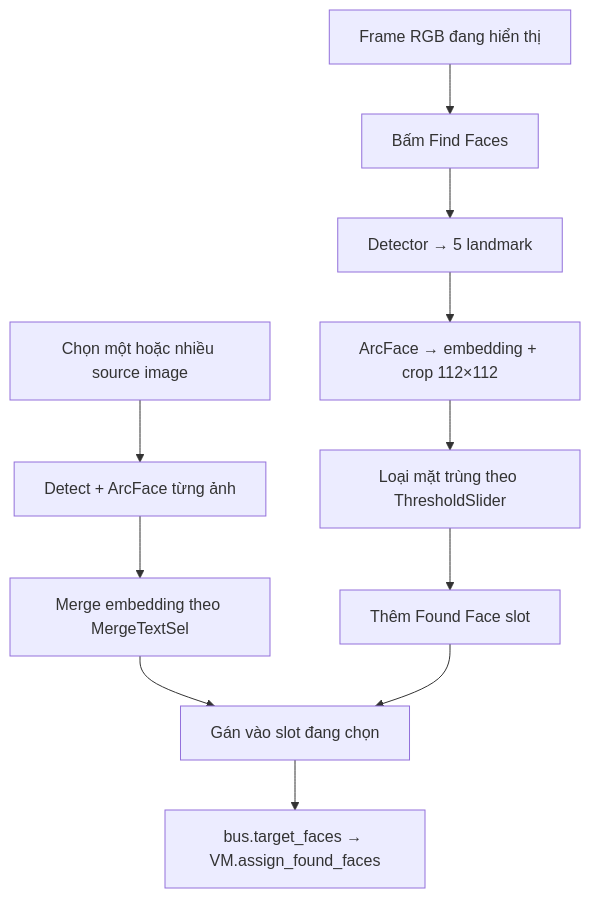
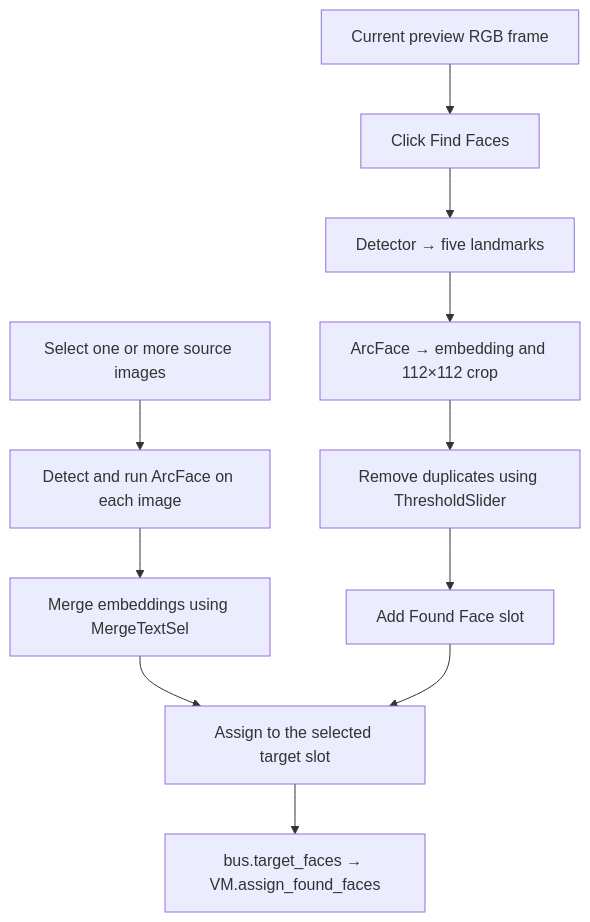
One commit to Moon2301/Rope changed the second of 5 diagrams in .ai/FLOWS.md. Above: the diagram before and after it, drawn with Mermaid. The commit also changed other lines of this file and 5 other files, not shown here.

````diff
--- a/.ai/FLOWS.md
+++ b/.ai/FLOWS.md
@@ -39,13 +39,13 @@
 ```mermaid
 flowchart TD
-    Frame["Frame RGB đang hiển thị"] --> Find["Bấm Find Faces"]
-    Find --> Detect["Detector → 5 landmark"]
-    Detect --> Arc["ArcFace → embedding + crop 112×112"]
-    Arc --> Dedupe["Loại mặt trùng theo ThresholdSlider"]
-    Dedupe --> Slot["Thêm Found Face slot"]
-    Source["Chọn một hoặc nhiều source image"] --> SourceEmb["Detect + ArcFace từng ảnh"]
-    SourceEmb --> Merge["Merge embedding theo MergeTextSel"]
-    Merge --> Assign["Gán vào slot đang chọn"]
+    Frame["Current preview RGB frame"] --> Find["Click Find Faces"]
+    Find --> Detect["Detector → five landmarks"]
+    Detect --> Arc["ArcFace → embedding and 112×112 crop"]
+    Arc --> Dedupe["Remove duplicates using ThresholdSlider"]
+    Dedupe --> Slot["Add Found Face slot"]
+    Source["Select one or more source images"] --> SourceEmb["Detect and run ArcFace on each image"]
+    SourceEmb --> Merge["Merge embeddings using MergeTextSel"]
+    Merge --> Assign["Assign to the selected target slot"]
     Slot --> Assign
     Assign --> VM["bus.target_faces → VM.assign_found_faces"]
 ```
````
